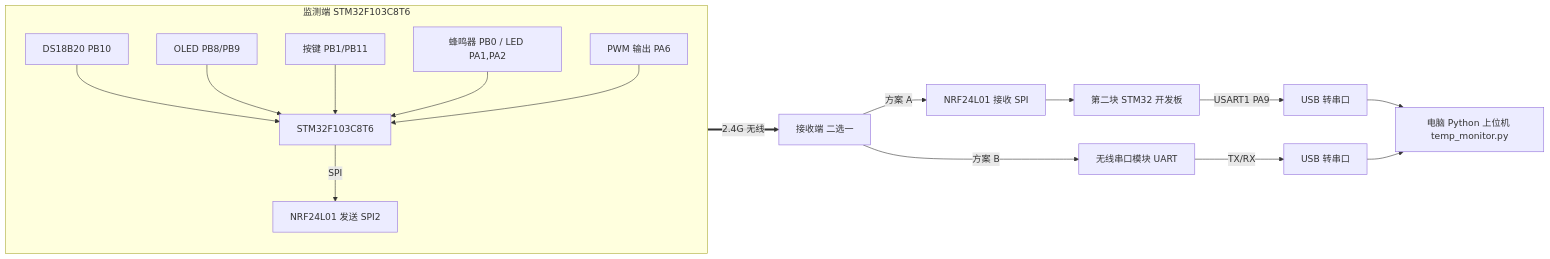
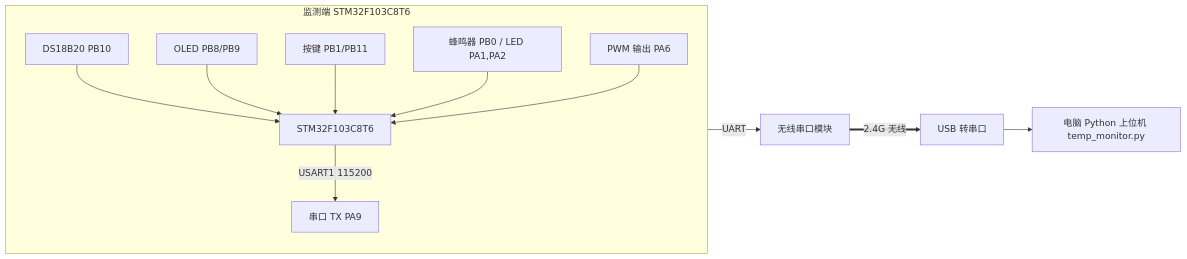
Before and after one commit to mengw2163-coder/wenkong: the diagram in README.md, drawn with Mermaid. The commit also changed other lines of this file and 7 other files, not shown here.

````diff
--- a/README.md
+++ b/README.md
@@ -48,30 +49,23 @@
 ```mermaid
 flowchart LR
     subgraph MONITOR[监测端 STM32F103C8T6]
         direction TB
         MCU[STM32F103C8T6]
         SENSOR[DS18B20 PB10]
         OLED[OLED PB8/PB9]
         KEY[按键 PB1/PB11]
         ALARM[蜂鸣器 PB0 / LED PA1,PA2]
         DAC[PWM 输出 PA6]
-        TX[NRF24L01 发送 SPI2]
+        TX[串口 TX PA9]
         SENSOR --> MCU
         OLED --> MCU
         KEY --> MCU
         ALARM --> MCU
         DAC --> MCU
-        MCU -->|SPI| TX
+        MCU -->|USART1 115200| TX
     end
 
-    TX ==>|2.4G 无线| FORK[接收端 二选一]
-
-    FORK -->|方案 A| RXA[NRF24L01 接收 SPI]
-    RXA --> A_MCU[第二块 STM32 开发板]
-    A_MCU -->|USART1 PA9| A_USB[USB 转串口]
-    A_USB --> PC[电脑 Python 上位机 temp_monitor.py]
-
-    FORK -->|方案 B| B_MOD[无线串口模块 UART]
-    B_MOD -->|TX/RX| B_USB[USB 转串口]
-    B_USB --> PC
+    TX -->|UART| B_MOD[无线串口模块]
+    B_MOD ==>|2.4G 无线| B_USB[USB 转串口]
+    B_USB --> PC[电脑 Python 上位机 temp_monitor.py]
 ```
````
